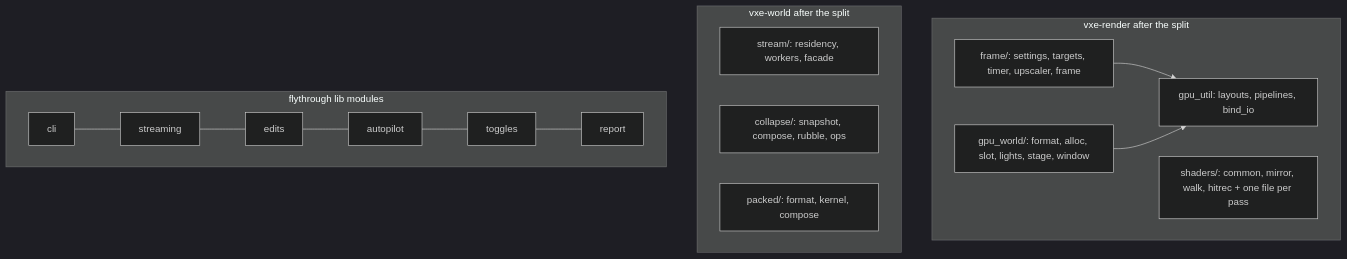
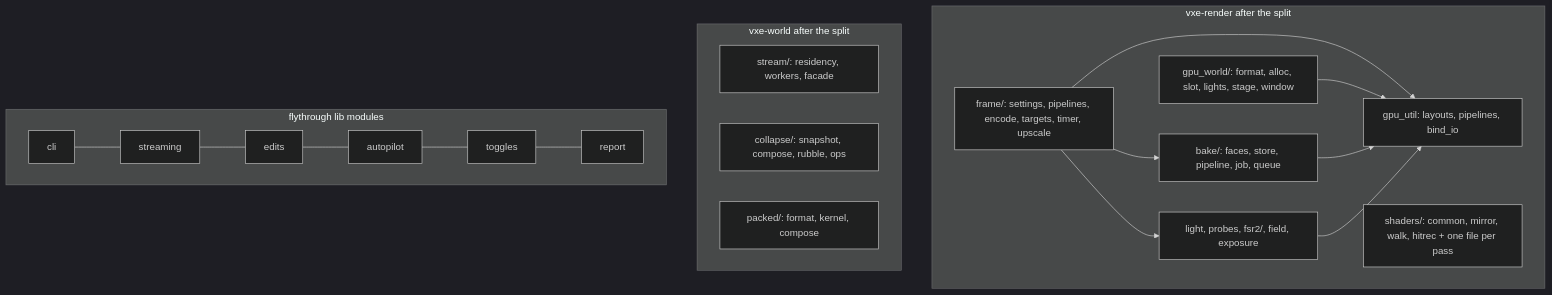
Before and after one commit to IgorKonovalov/voxel-engine: the diagram in docs/plans/0045-structure-pass-split-the-mega-files-share-the-fixtures.md, drawn with Mermaid (dark theme). The commit also changed other lines of this file and 11 other files, not shown here.

````diff
--- a/docs/plans/0045-structure-pass-split-the-mega-files-share-the-fixtures.md
+++ b/docs/plans/0045-structure-pass-split-the-mega-files-share-the-fixtures.md
@@ -166,19 +154,25 @@
 ```mermaid
 flowchart TB
     subgraph render[vxe-render after the split]
         GW[gpu_world/: format, alloc, slot, lights, stage, window]
-        MR[frame/: settings, targets, timer, upscaler, frame]
+        MR[frame/: settings, pipelines, encode, targets, timer, upscale]
+        BK[bake/: faces, store, pipeline, job, queue]
+        LP[light, probes, fsr2/, field, exposure]
         GU[gpu_util: layouts, pipelines, bind_io]
         SH[shaders/: common, mirror, walk, hitrec + one file per pass]
     end
     subgraph world[vxe-world after the split]
         ST[stream/: residency, workers, facade]
         CO[collapse/: snapshot, compose, rubble, ops]
         PK[packed/: format, kernel, compose]
     end
     subgraph fly[flythrough lib modules]
         CLI[cli] --- STR[streaming] --- ED[edits] --- AP[autopilot] --- TG[toggles] --- RP[report]
     end
     MR --> GU
     GW --> GU
+    BK --> GU
+    LP --> GU
+    MR --> BK
+    MR --> LP
 ```
````
